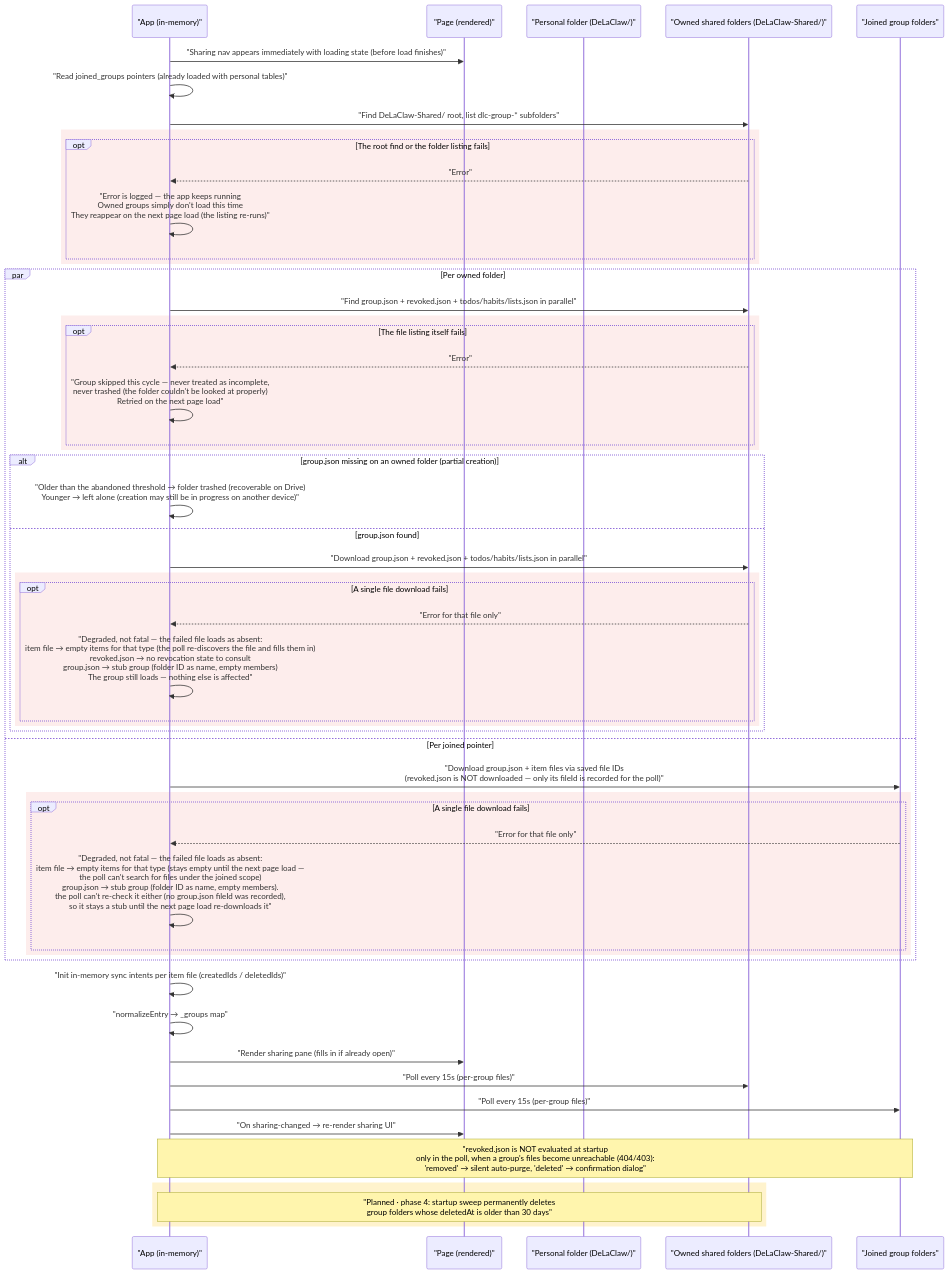
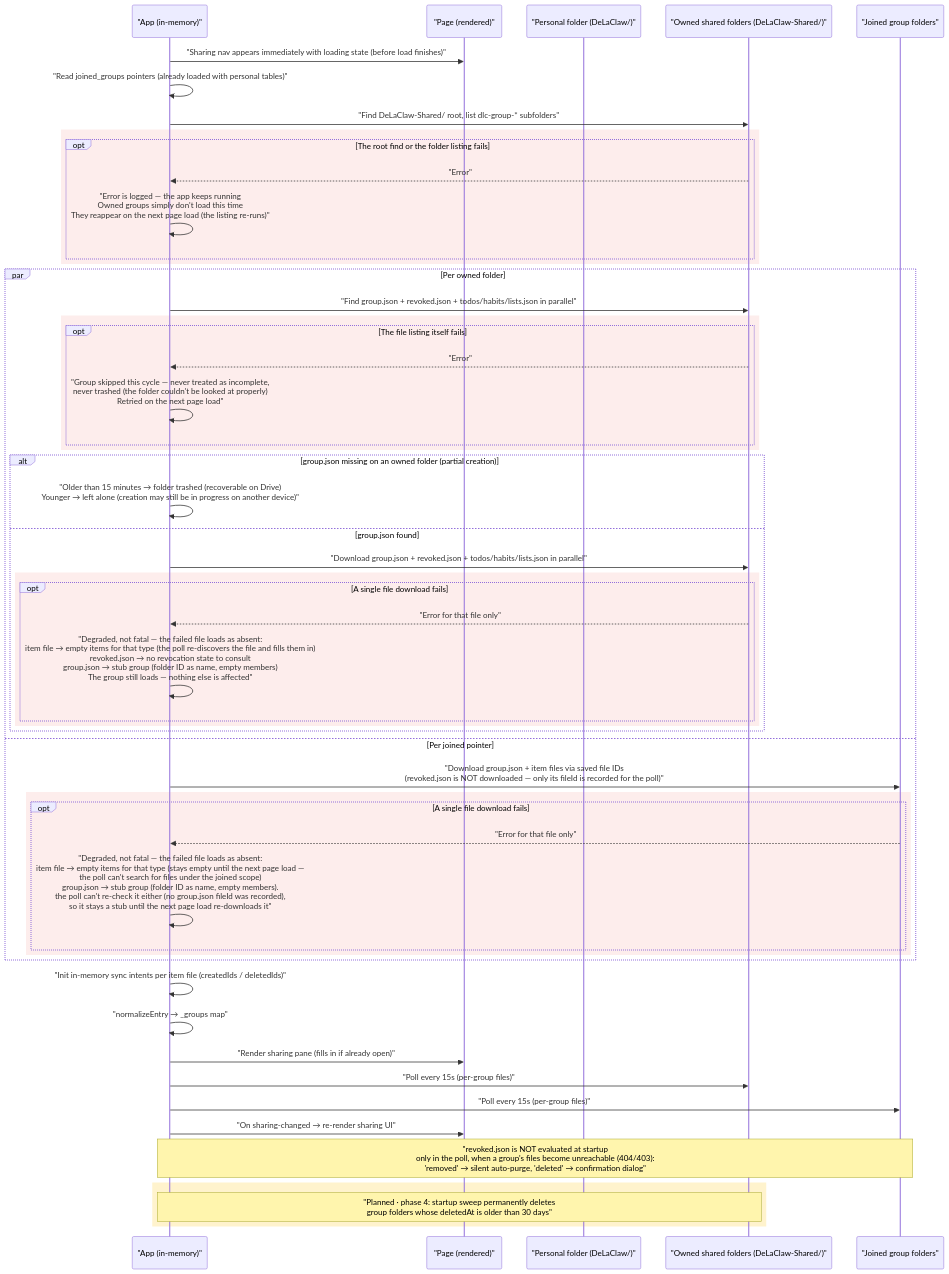
One commit to AntGro/DeLaClaw changed the fourth of 8 diagrams in docs-site/sync-architecture.md. Above: the diagram before and after it, drawn with Mermaid. The commit also changed 5 other files, not shown here.

First line of the commit message:
docs(sync-architecture): name the 15-minute abandoned-group threshold

````diff
--- a/docs-site/sync-architecture.md
+++ b/docs-site/sync-architecture.md
@@ -230,61 +230,61 @@
 ```mermaid
 sequenceDiagram
     participant App as "App (in-memory)"
     participant Page as "Page (rendered)"
     participant PF as "Personal folder (DeLaClaw/)"
     participant OWN as "Owned shared folders (DeLaClaw-Shared/)"
     participant JOIN as "Joined group folders"
 
     App->>Page: "Sharing nav appears immediately with loading state (before load finishes)"
     App->>App: "Read joined_groups pointers (already loaded with personal tables)"
     App->>OWN: "Find DeLaClaw-Shared/ root, list dlc-group-* subfolders"
 
     rect rgb(253, 237, 236)
     opt The root find or the folder listing fails
         OWN-->>App: "Error"
         App->>App: "Error is logged — the app keeps running<br/>Owned groups simply don't load this time<br/>They reappear on the next page load (the listing re-runs)"
     end
     end
 
     par Per owned folder
         App->>OWN: "Find group.json + revoked.json + todos/habits/lists.json in parallel"
         rect rgb(253, 237, 236)
         opt The file listing itself fails
             OWN-->>App: "Error"
             App->>App: "Group skipped this cycle — never treated as incomplete,<br/>never trashed (the folder couldn't be looked at properly)<br/>Retried on the next page load"
         end
         end
         alt group.json missing on an owned folder (partial creation)
-            App->>App: "Older than the abandoned threshold → folder trashed (recoverable on Drive)<br/>Younger → left alone (creation may still be in progress on another device)"
+            App->>App: "Older than 15 minutes → folder trashed (recoverable on Drive)<br/>Younger → left alone (creation may still be in progress on another device)"
         else group.json found
             App->>OWN: "Download group.json + revoked.json + todos/habits/lists.json in parallel"
             rect rgb(253, 237, 236)
             opt A single file download fails
                 OWN-->>App: "Error for that file only"
                 App->>App: "Degraded, not fatal — the failed file loads as absent:<br/>item file → empty items for that type (the poll re-discovers the file and fills them in)<br/>revoked.json → no revocation state to consult<br/>group.json → stub group (folder ID as name, empty members)<br/>The group still loads — nothing else is affected"
             end
             end
         end
     and Per joined pointer
         App->>JOIN: "Download group.json + item files via saved file IDs<br/>(revoked.json is NOT downloaded — only its fileId is recorded for the poll)"
         rect rgb(253, 237, 236)
         opt A single file download fails
             JOIN-->>App: "Error for that file only"
             App->>App: "Degraded, not fatal — the failed file loads as absent:<br/>item file → empty items for that type (stays empty until the next page load —<br/>the poll can't search for files under the joined scope)<br/>group.json → stub group (folder ID as name, empty members).<br/>the poll can't re-check it either (no group.json fileId was recorded),<br/>so it stays a stub until the next page load re-downloads it"
         end
         end
     end
 
     App->>App: "Init in-memory sync intents per item file (createdIds / deletedIds)"
     App->>App: "normalizeEntry → _groups map"
     App->>Page: "Render sharing pane (fills in if already open)"
     App->>OWN: "Poll every 15s (per-group files)"
     App->>JOIN: "Poll every 15s (per-group files)"
     App->>Page: "On sharing-changed → re-render sharing UI"
 
     Note over App,JOIN: "revoked.json is NOT evaluated at startup<br/>only in the poll, when a group's files become unreachable (404/403):<br/>'removed' → silent auto-purge, 'deleted' → confirmation dialog"
 
     rect rgb(255, 243, 205)
     Note over App,OWN: "Planned · phase 4: startup sweep permanently deletes<br/>group folders whose deletedAt is older than 30 days"
     end
 ```
````
